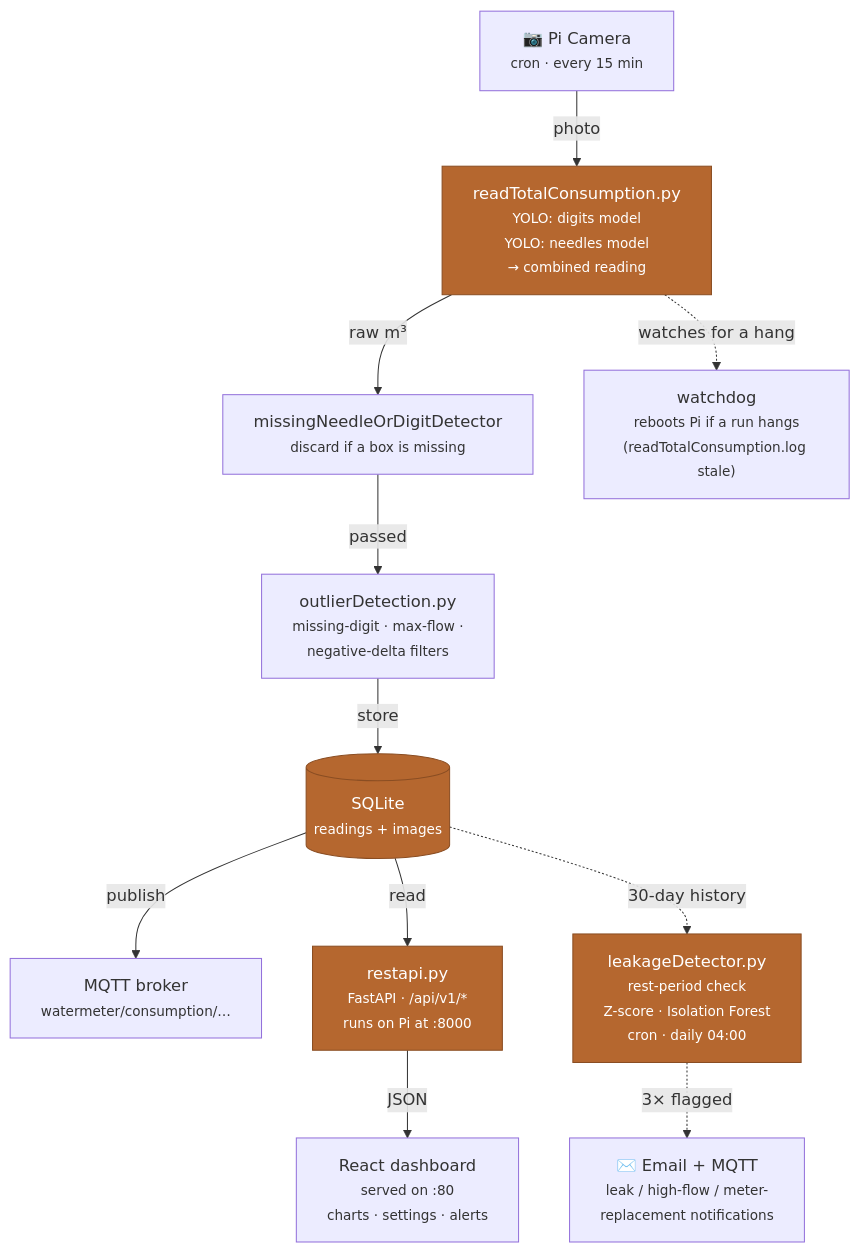
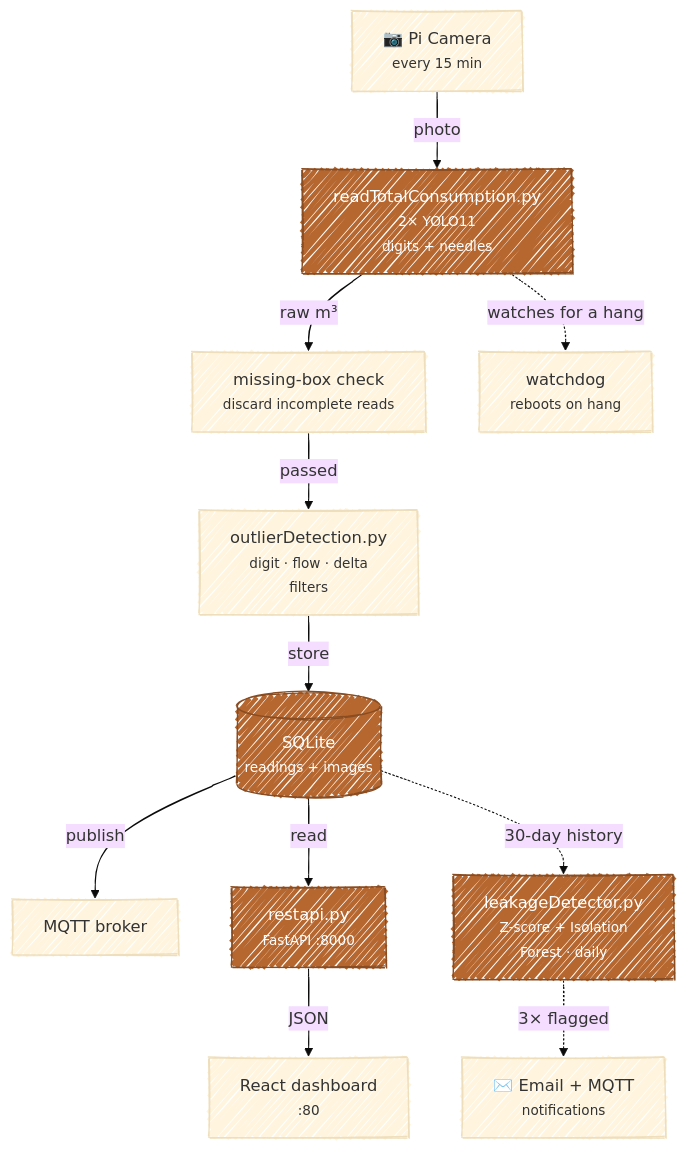
The diagram in README.md (twartzek/watermeter), drawn with Mermaid before and after one commit. The commit also changed other lines of this file, not shown here.

````diff
--- a/README.md
+++ b/README.md
@@ -36,30 +41,31 @@
 ```mermaid
+%%{init: {"look": "handDrawn", "theme": "base"}}%%
 flowchart TB
-    cam["📷 Pi Camera<br/><small>cron · every 15 min</small>"]
-    read["readTotalConsumption.py<br/><small>YOLO: digits model<br/>YOLO: needles model<br/>→ combined reading</small>"]
-    presence["missingNeedleOrDigitDetector<br/><small>discard if a box is missing</small>"]
-    filt["outlierDetection.py<br/><small>missing-digit · max-flow ·<br/>negative-delta filters</small>"]
+    cam["📷 Pi Camera<br/><small>every 15 min</small>"]
+    read["readTotalConsumption.py<br/><small>2× YOLO11<br/>digits + needles</small>"]
+    presence["missing-box check<br/><small>discard incomplete reads</small>"]
+    filt["outlierDetection.py<br/><small>digit · flow · delta<br/>filters</small>"]
     db[("SQLite<br/><small>readings + images</small>")]
-    mqtt["MQTT broker<br/><small>watermeter/consumption/…</small>"]
-    api["restapi.py<br/><small>FastAPI · /api/v1/*<br/>runs on Pi at :8000</small>"]
-    dash["React dashboard<br/><small>served on :80<br/>charts · settings · alerts</small>"]
-    leak["leakageDetector.py<br/><small>rest-period check<br/>Z-score · Isolation Forest<br/>cron · daily 04:00</small>"]
-    warn["✉️ Email + MQTT<br/><small>leak / high-flow / meter-<br/>replacement notifications</small>"]
-    wdog["watchdog<br/><small>reboots Pi if a run hangs<br/>(readTotalConsumption.log stale)</small>"]
+    mqtt["MQTT broker"]
+    api["restapi.py<br/><small>FastAPI :8000</small>"]
+    dash["React dashboard<br/><small>:80</small>"]
+    leak["leakageDetector.py<br/><small>Z-score + Isolation<br/>Forest · daily</small>"]
+    warn["✉️ Email + MQTT<br/><small>notifications</small>"]
+    wdog["watchdog<br/><small>reboots on hang</small>"]
 
     cam -->|photo| read
     read -->|raw m³| presence
     presence -->|passed| filt
     filt -->|store| db
     db -->|publish| mqtt
     db -->|read| api
     api -->|JSON| dash
     db -.->|30-day history| leak
     leak -.->|3× flagged| warn
     read -.->|watches for a hang| wdog
 
     style read fill:#b5672f,color:#fff,stroke:#8a4d22
     style db fill:#b5672f,color:#fff,stroke:#8a4d22
     style api fill:#b5672f,color:#fff,stroke:#8a4d22
     style leak fill:#b5672f,color:#fff,stroke:#8a4d22
 ```
````
